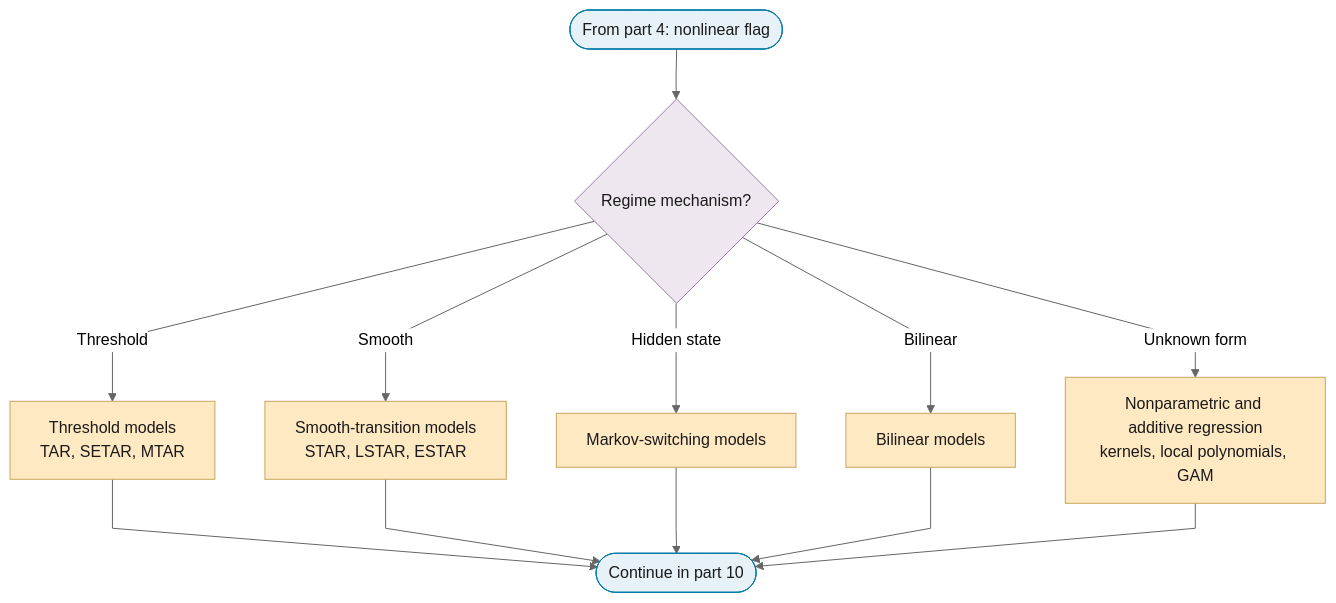
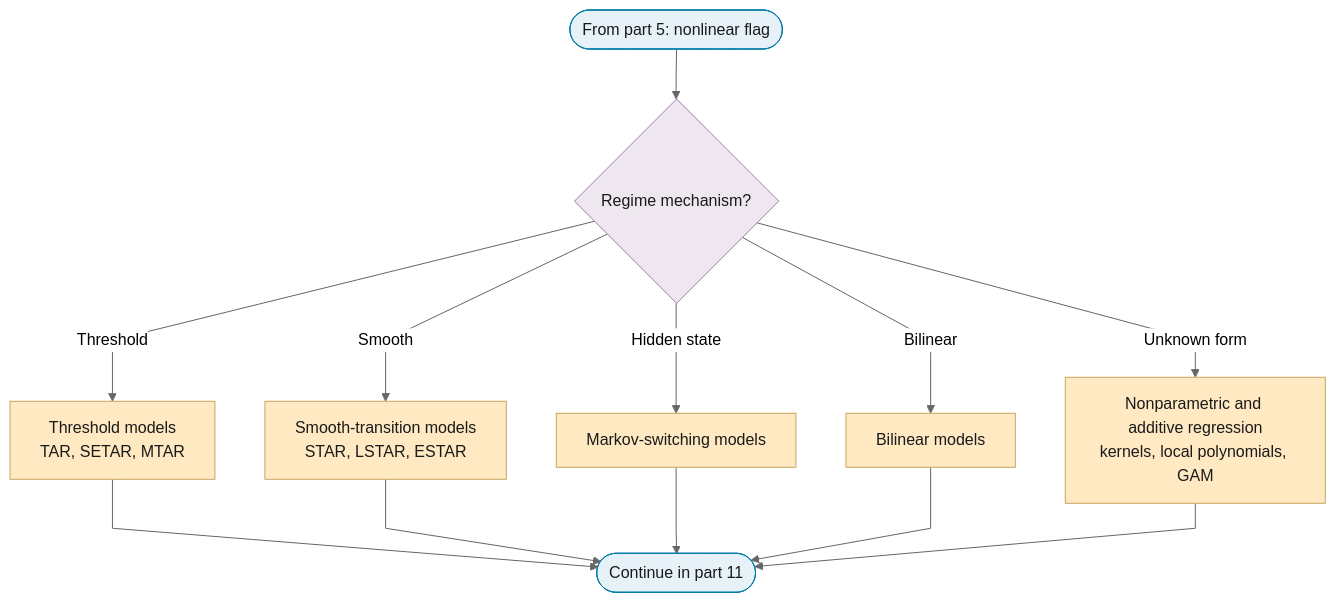
Before and after one commit to Shuxin-Y/time-series-analysis-manual: the sixth of 12 diagrams in docs/01-workflow/p06-mean-model-class.md, drawn with Mermaid (neutral theme). The commit also changed other lines of this file and 10 other files, not shown here.

````diff
--- a/docs/01-workflow/p06-mean-model-class.md
+++ b/docs/01-workflow/p06-mean-model-class.md
@@ -137,22 +162,22 @@
 ```mermaid
 %%{init: {"flowchart": {"curve": "linear"}}}%%
 graph TD
-    P6_PART_5_IN(["From part 4: nonlinear flag"]) --> P6_NONLINEAR_FAMILY{"Regime mechanism?"}
+    P6_PART_6_IN(["From part 5: nonlinear flag"]) --> P6_NONLINEAR_FAMILY{"Regime mechanism?"}
     P6_NONLINEAR_FAMILY -->|"Threshold"| P6_THRESHOLD["Threshold models<br/>TAR, SETAR, MTAR"]
     P6_NONLINEAR_FAMILY -->|"Smooth"| P6_SMOOTH_TRANSITION["Smooth-transition models<br/>STAR, LSTAR, ESTAR"]
     P6_NONLINEAR_FAMILY -->|"Hidden state"| P6_MARKOV_SWITCHING["Markov-switching models"]
     P6_NONLINEAR_FAMILY -->|"Bilinear"| P6_BILINEAR["Bilinear models"]
     P6_NONLINEAR_FAMILY -->|"Unknown form"| P6_NONPARAMETRIC["Nonparametric and additive regression<br/>kernels, local polynomials, GAM"]
-    P6_THRESHOLD & P6_SMOOTH_TRANSITION & P6_MARKOV_SWITCHING & P6_BILINEAR & P6_NONPARAMETRIC --> P6_PART_5_OUT(["Continue in part 10"])
+    P6_THRESHOLD & P6_SMOOTH_TRANSITION & P6_MARKOV_SWITCHING & P6_BILINEAR & P6_NONPARAMETRIC --> P6_PART_6_OUT(["Continue in part 11"])
     class P6_THRESHOLD,P6_SMOOTH_TRANSITION,P6_MARKOV_SWITCHING,P6_BILINEAR,P6_NONPARAMETRIC escalate
-    class P6_PART_5_IN,P6_PART_5_OUT terminator
+    class P6_PART_6_IN,P6_PART_6_OUT terminator
     class P6_NONLINEAR_FAMILY decision
     classDef terminator fill:#E6F2F7,stroke:#007BA7,color:#1A1A1A;
     classDef process fill:#FFFFFF,stroke:#5A6B73,color:#1A1A1A;
     classDef decision fill:#EFE7F0,stroke:#9B7FA7,color:#1A1A1A;
     classDef data fill:#FFF4E0,stroke:#C9A55E,color:#1A1A1A;
     classDef good fill:#DCEFD8,stroke:#4A7A3F,color:#1A1A1A;
     classDef escalate fill:#FFE9C2,stroke:#C9A55E,color:#1A1A1A;
     classDef problem fill:#F2D9DE,stroke:#800020,color:#1A1A1A;
     classDef ref fill:#F7F7F7,stroke:#5A6B73,color:#1A1A1A,stroke-dasharray:4 3;
 ```
````
